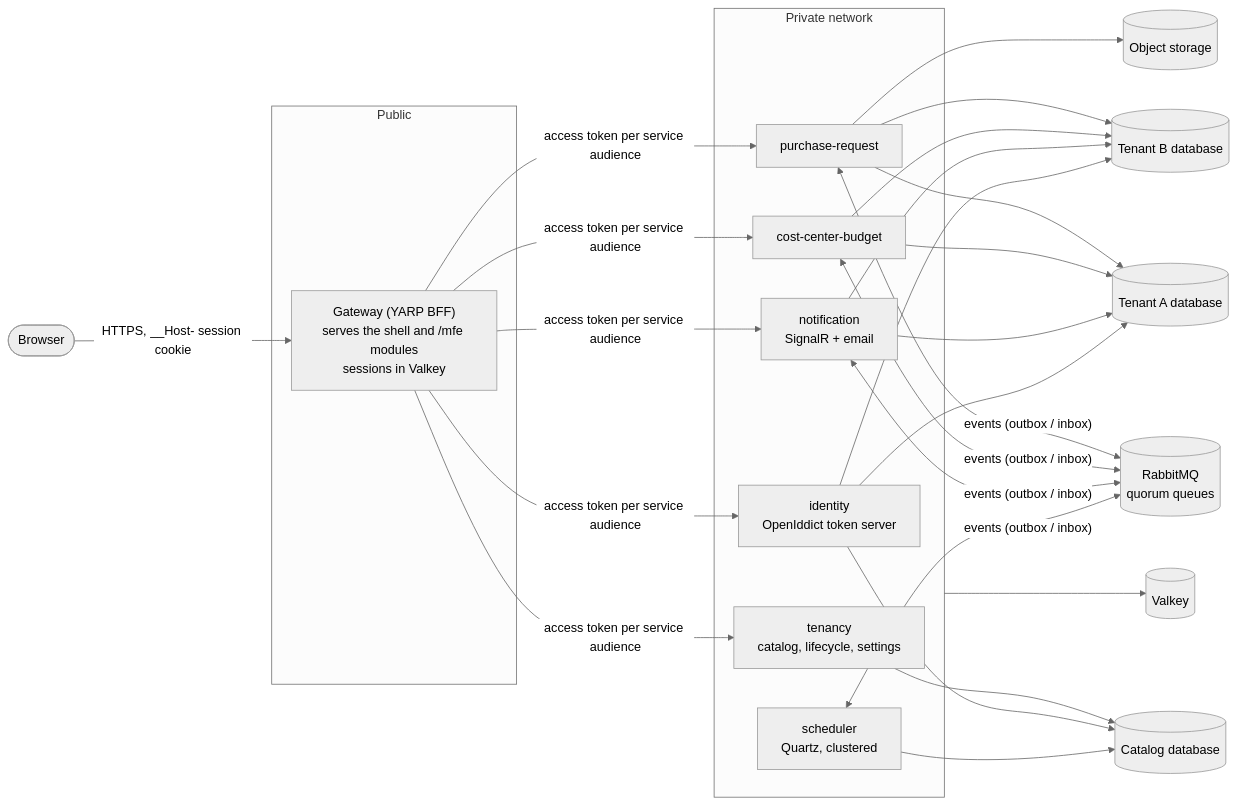
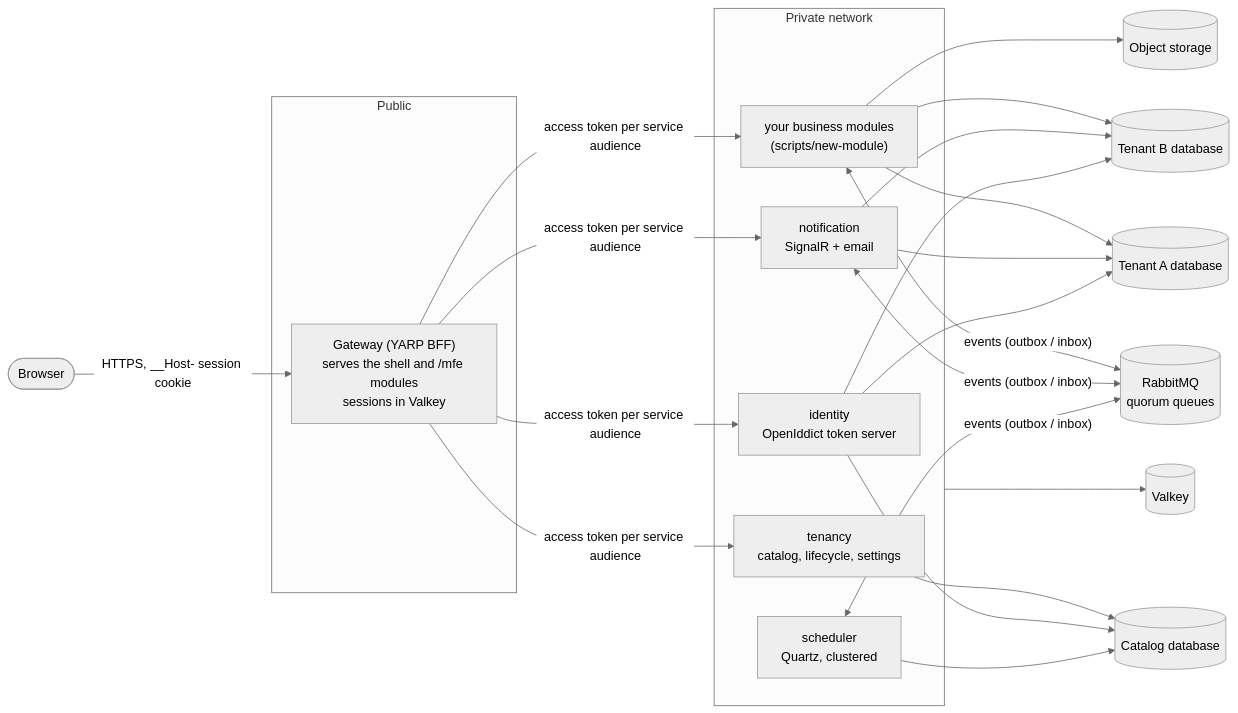
Before and after one commit to CodeX-Studio-MY/solution-template: the diagram in README.md, drawn with Mermaid (neutral theme). The commit also changed other lines of this file and 567 other files, not shown here.

````diff
--- a/README.md
+++ b/README.md
@@ -16,24 +49,23 @@
 ```mermaid
 flowchart LR
   browser([Browser]) -- "HTTPS, __Host- session cookie" --> gw
   subgraph edge [Public]
     gw["Gateway (YARP BFF)<br/>serves the shell and /mfe modules<br/>sessions in Valkey"]
   end
   subgraph services [Private network]
     id["identity<br/>OpenIddict token server"]
     tn["tenancy<br/>catalog, lifecycle, settings"]
     nt["notification<br/>SignalR + email"]
-    pr["purchase-request"]
-    cc["cost-center-budget"]
+    bm["your business modules<br/>(scripts/new-module)"]
     sc["scheduler<br/>Quartz, clustered"]
   end
-  gw -- "access token per service audience" --> id & tn & nt & pr & cc
-  pr & cc & nt & sc <-- "events (outbox / inbox)" --> mq[(RabbitMQ<br/>quorum queues)]
+  gw -- "access token per service audience" --> id & tn & nt & bm
+  bm & nt & sc <-- "events (outbox / inbox)" --> mq[(RabbitMQ<br/>quorum queues)]
   tn --> cat[(Catalog database)]
   id --> cat
   sc --> cat
-  pr & cc & nt & id --> t1[(Tenant A database)]
-  pr & cc & nt & id --> t2[(Tenant B database)]
+  bm & nt & id --> t1[(Tenant A database)]
+  bm & nt & id --> t2[(Tenant B database)]
   services --> kv[(Valkey)]
-  pr --> files[(Object storage)]
+  bm --> files[(Object storage)]
 ```
````
